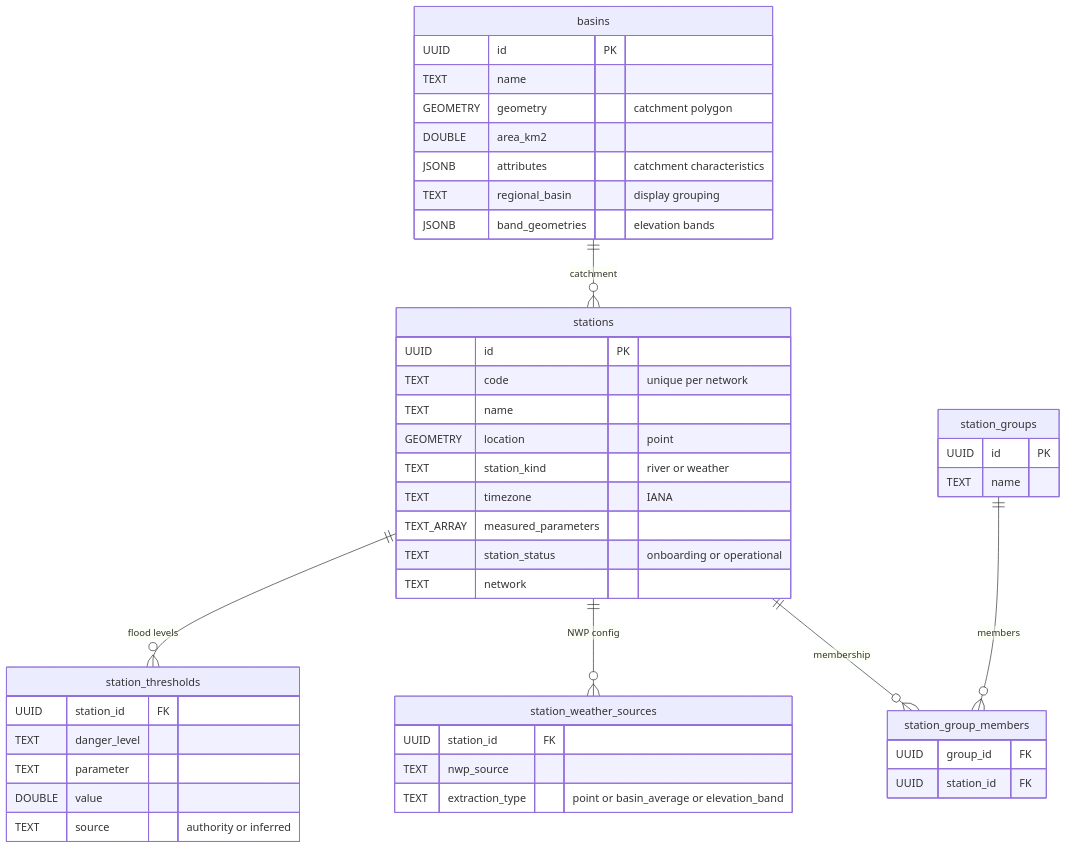
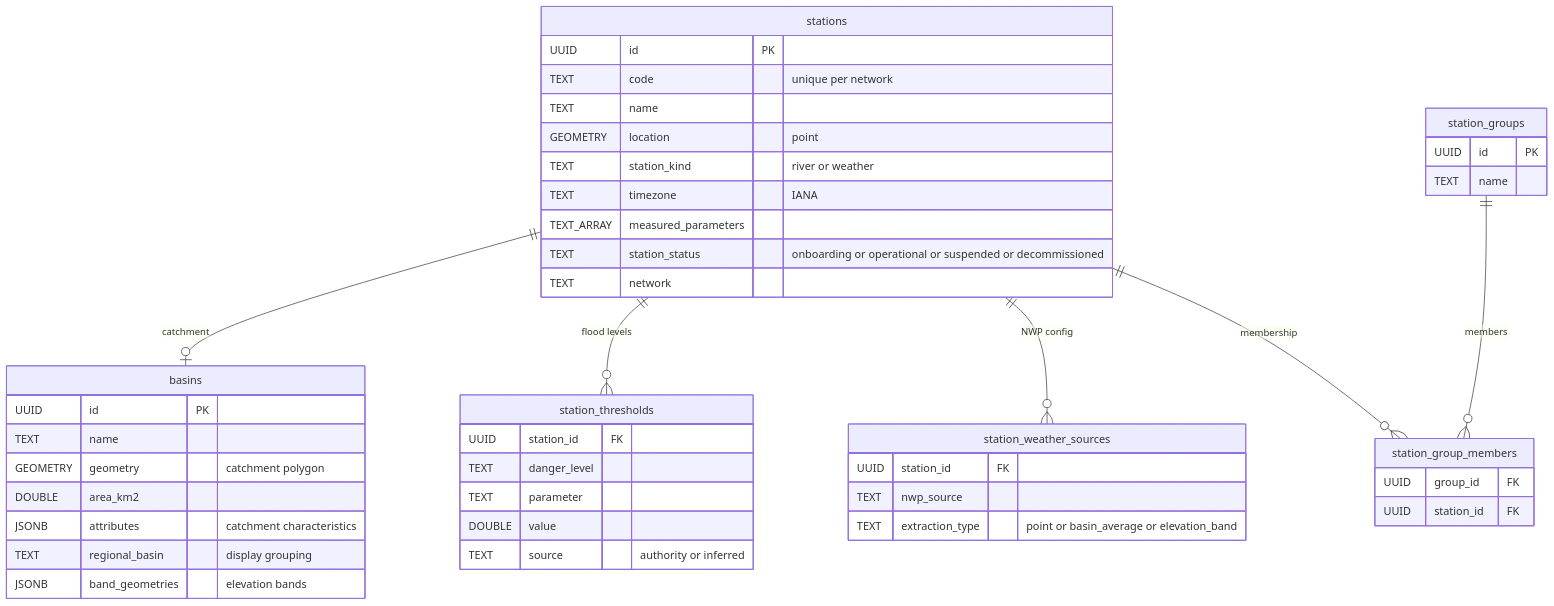
Before and after one commit to hydrosolutions/SAPPHIRE_flow: the first of 8 diagrams in docs/handover/data-model.md, drawn with Mermaid. The commit also changed other lines of this file and 3 other files, not shown here.

First line of the commit message:
docs: sync data-model.md and database-schema.md with implementation

````diff
--- a/docs/handover/data-model.md
+++ b/docs/handover/data-model.md
@@ -143,54 +170,54 @@
 ```mermaid
 erDiagram
-    basins ||--o{ stations : "catchment"
+    stations ||--o| basins : "catchment"
     stations ||--o{ station_thresholds : "flood levels"
     stations ||--o{ station_weather_sources : "NWP config"
     stations ||--o{ station_group_members : "membership"
     station_groups ||--o{ station_group_members : "members"
 
     basins {
         UUID id PK
         TEXT name
         GEOMETRY geometry "catchment polygon"
         DOUBLE area_km2
         JSONB attributes "catchment characteristics"
         TEXT regional_basin "display grouping"
         JSONB band_geometries "elevation bands"
     }
 
     stations {
         UUID id PK
         TEXT code "unique per network"
         TEXT name
         GEOMETRY location "point"
         TEXT station_kind "river or weather"
         TEXT timezone "IANA"
         TEXT_ARRAY measured_parameters
-        TEXT station_status "onboarding or operational"
+        TEXT station_status "onboarding or operational or suspended or decommissioned"
         TEXT network
     }
 
     station_thresholds {
         UUID station_id FK
         TEXT danger_level
         TEXT parameter
         DOUBLE value
         TEXT source "authority or inferred"
     }
 
     station_weather_sources {
         UUID station_id FK
         TEXT nwp_source
         TEXT extraction_type "point or basin_average or elevation_band"
     }
 
     station_groups {
         UUID id PK
         TEXT name
     }
 
     station_group_members {
         UUID group_id FK
         UUID station_id FK
     }
 ```
````
